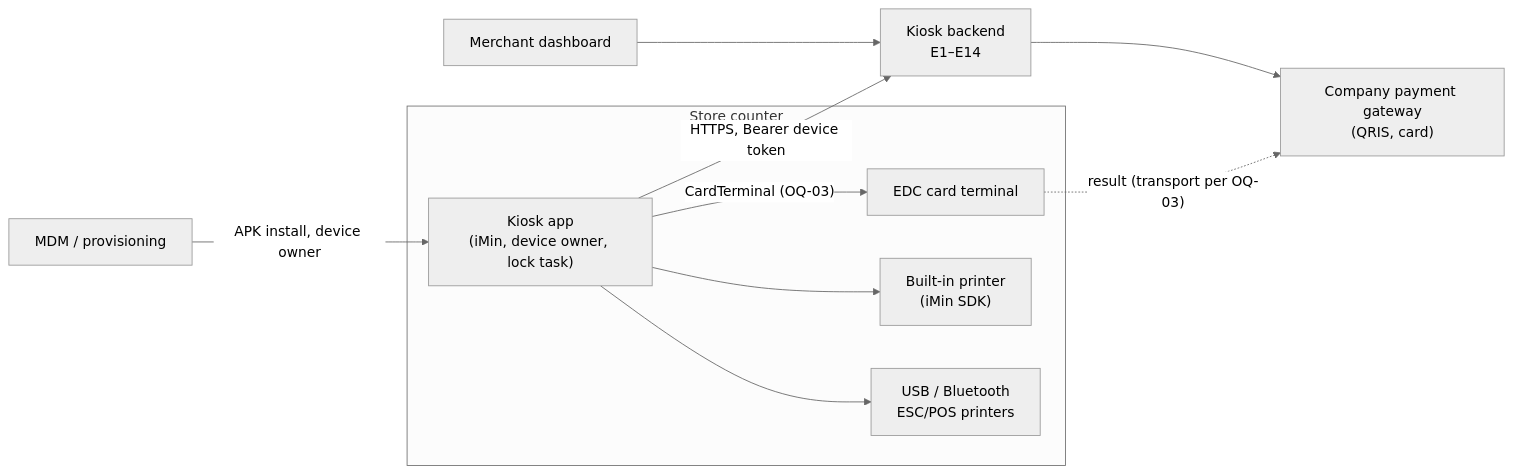
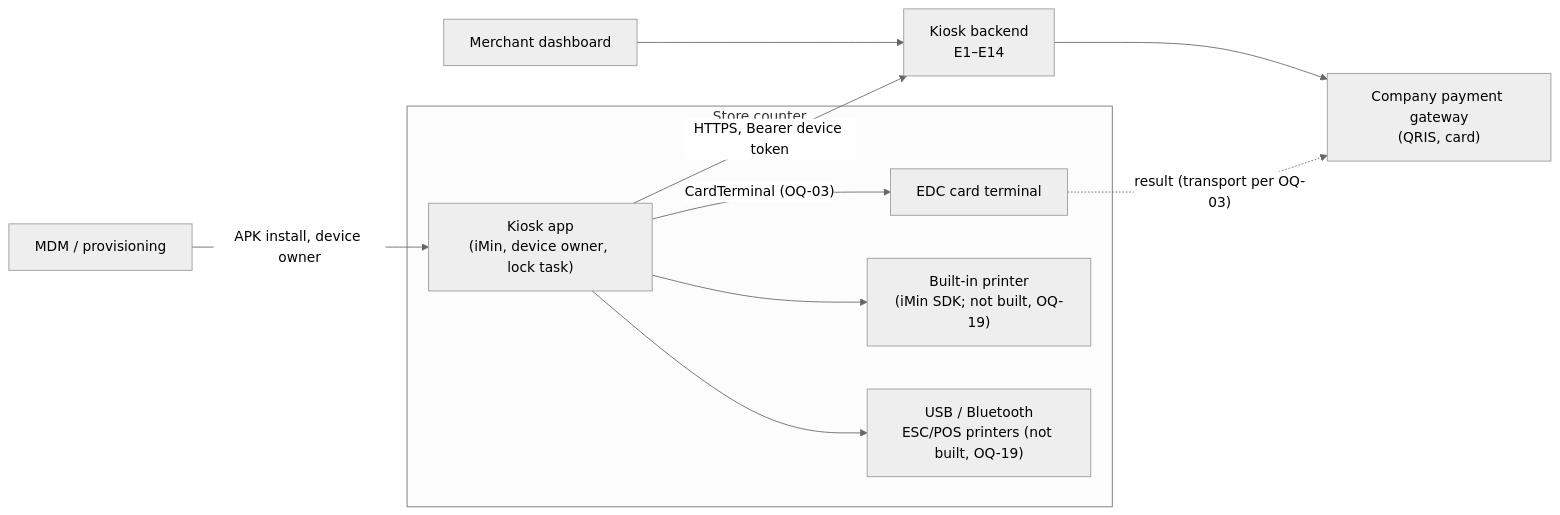
The first of 5 diagrams in docs/architecture.md (MustakimArianto/Hitachi-Kiosk), drawn with Mermaid (neutral theme) before and after one commit. The commit also changed other lines of this file and 12 other files, not shown here.

````diff
--- a/docs/architecture.md
+++ b/docs/architecture.md
@@ -28,22 +28,22 @@
 ```mermaid
 flowchart LR
     subgraph Store["Store counter"]
         K["Kiosk app<br/>(iMin, device owner, lock task)"]
         EDC["EDC card terminal"]
-        P1["Built-in printer<br/>(iMin SDK)"]
-        P2["USB / Bluetooth<br/>ESC/POS printers"]
+        P1["Built-in printer<br/>(iMin SDK; not built, OQ-19)"]
+        P2["USB / Bluetooth<br/>ESC/POS printers (not built, OQ-19)"]
     end
     BE["Kiosk backend<br/>E1–E14"]
     GW["Company payment gateway<br/>(QRIS, card)"]
     DASH["Merchant dashboard"]
     MDM["MDM / provisioning"]
 
     K -- "HTTPS, Bearer device token" --> BE
     BE --> GW
     EDC -. "result (transport per OQ-03)" .-> GW
     K -- "CardTerminal (OQ-03)" --> EDC
     K --> P1
     K --> P2
     DASH --> BE
     MDM -- "APK install, device owner" --> K
 ```
````
